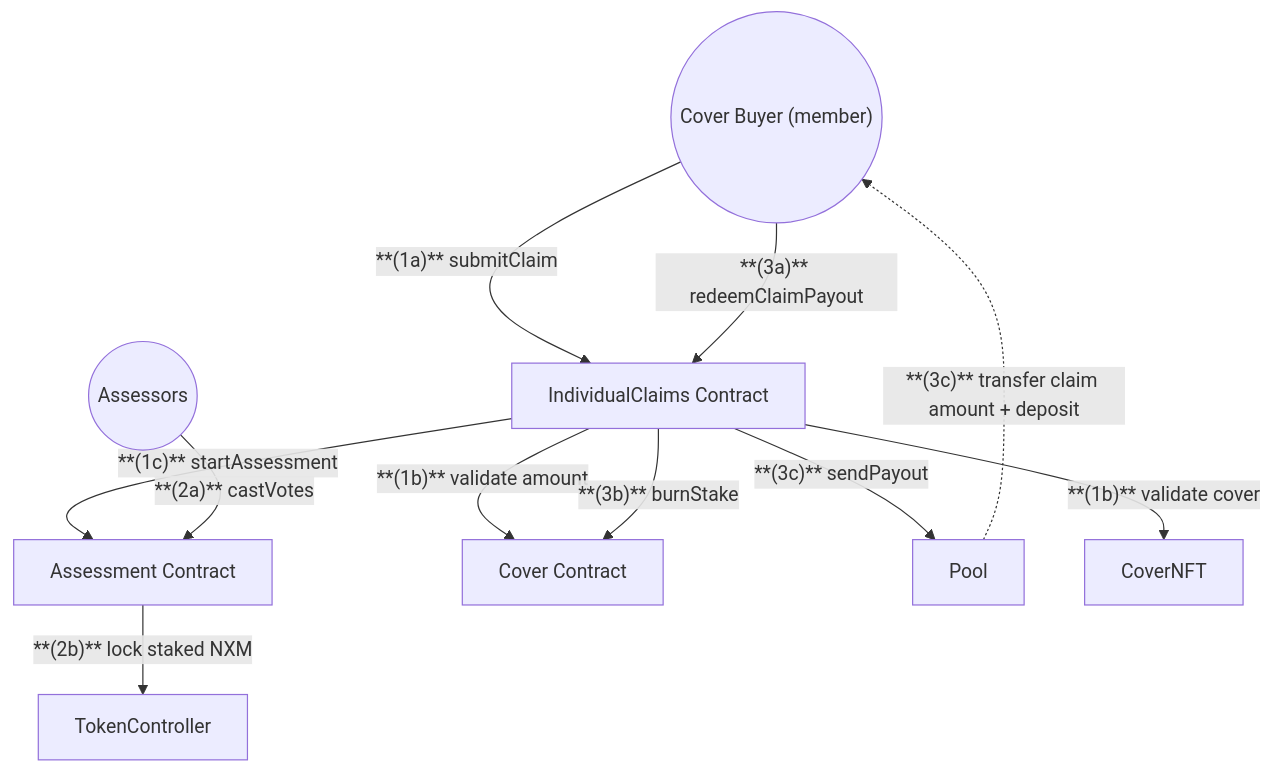
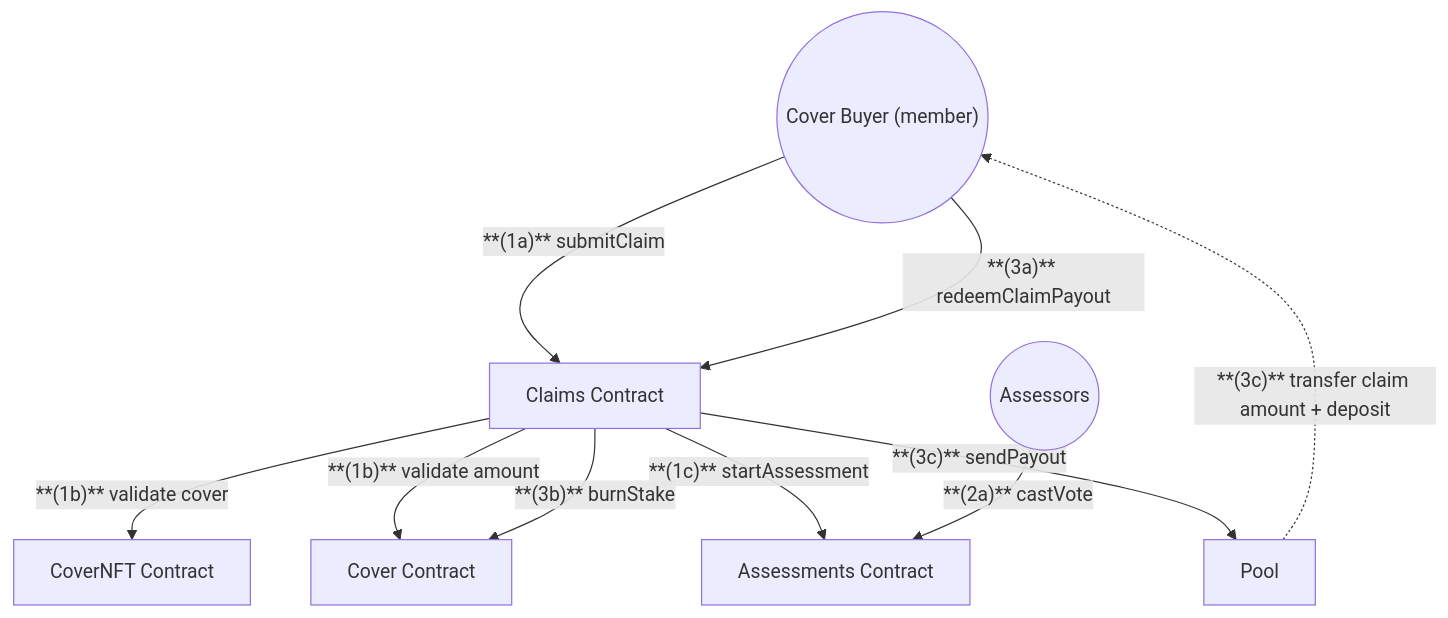
Before and after one commit to NexusMutual/docs: the second of 2 diagrams in docs/developers/Diagrams/User Flows Diagrams/cover-buyer.md, drawn with Mermaid. The commit also changed other lines of this file and 8 other files, not shown here.

First line of the commit message:
docs: update diagrams and user flows for the current contracts

````diff
--- a/docs/developers/Diagrams/User Flows Diagrams/cover-buyer.md
+++ b/docs/developers/Diagrams/User Flows Diagrams/cover-buyer.md
@@ -38,29 +38,28 @@
 ```mermaid
 graph TD
     %% Users
     Member(("Cover Buyer (member)"))
     Assessors(("Assessors"))
 
     %% Contracts
-    IndividualClaims["IndividualClaims Contract"]
-    Assessment["Assessment Contract"]
+    Claims["Claims Contract"]
+    Assessments["Assessments Contract"]
     Cover["Cover Contract"]
-    TokenController["TokenController"]
+    CoverNFT["CoverNFT Contract"]
     Pool["Pool"]
 
     %% Submit Claim
-    Member -->|"**(1a)** submitClaim"| IndividualClaims
-    IndividualClaims -->|"**(1b)** validate cover"| CoverNFT
-    IndividualClaims -->|"**(1b)** validate amount"| Cover
-    IndividualClaims -->|"**(1c)** startAssessment"| Assessment
+    Member -->|"**(1a)** submitClaim"| Claims
+    Claims -->|"**(1b)** validate cover"| CoverNFT
+    Claims -->|"**(1b)** validate amount"| Cover
+    Claims -->|"**(1c)** startAssessment"| Assessments
 
     %% Assessment Process
-    Assessors -->|"**(2a)** castVotes"| Assessment
-    Assessment -->|"**(2b)** lock staked NXM"| TokenController
+    Assessors -->|"**(2a)** castVote"| Assessments
 
     %% Claim Payout
-    Member -->|"**(3a)** redeemClaimPayout"| IndividualClaims
-    IndividualClaims -->|"**(3b)** burnStake"| Cover
-    IndividualClaims -->|"**(3c)** sendPayout"| Pool
+    Member -->|"**(3a)** redeemClaimPayout"| Claims
+    Claims -->|"**(3b)** burnStake"| Cover
+    Claims -->|"**(3c)** sendPayout"| Pool
     Pool -.->|"**(3c)** transfer claim amount + deposit"| Member
 ```
````
